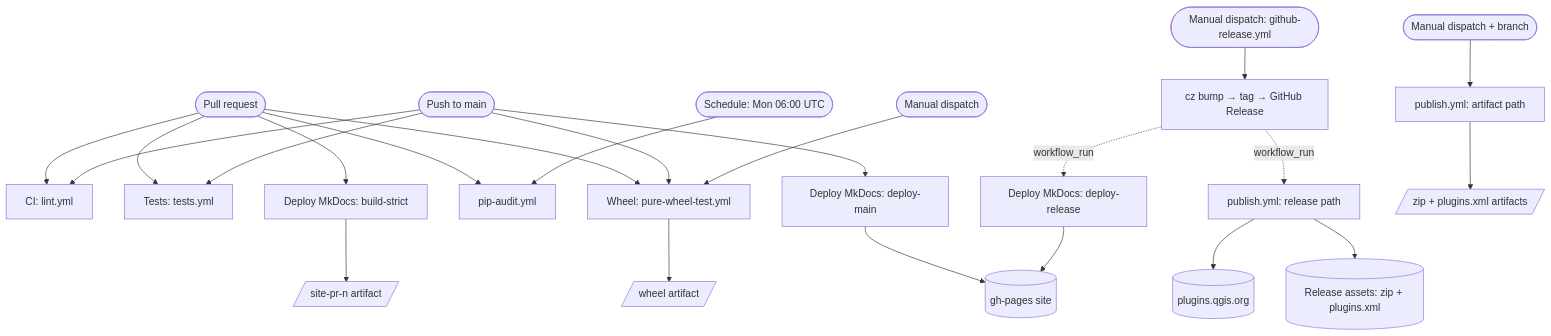
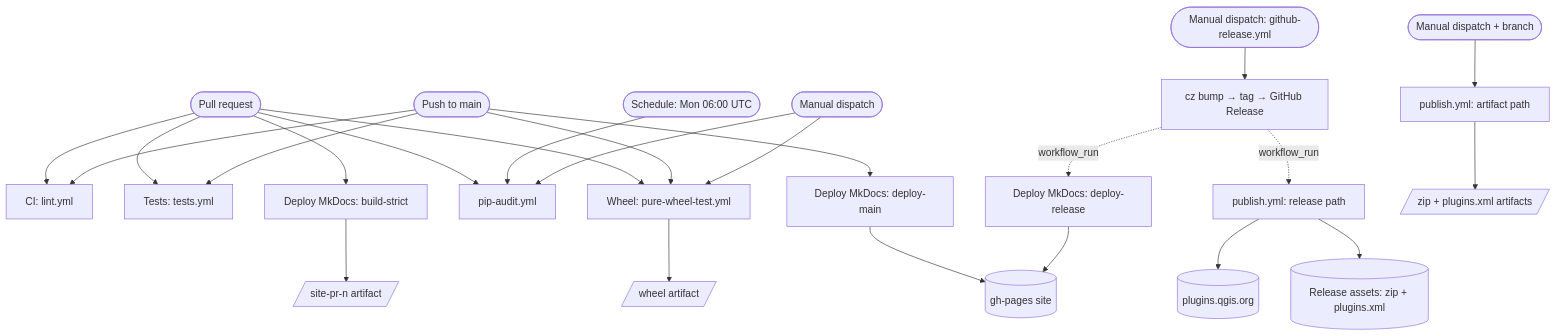
Before and after one commit to serapeum-org/pyramids-qgis: the first of 5 diagrams in docs/ci.md, drawn with Mermaid. The commit also changed other lines of this file, not shown here.

````diff
--- a/docs/ci.md
+++ b/docs/ci.md
@@ -38,29 +38,30 @@
 ```mermaid
 flowchart TD
     PR([Pull request]) --> CI[CI: lint.yml]
     PR --> TST[Tests: tests.yml]
     PR --> WHL[Wheel: pure-wheel-test.yml]
     PR --> AUD[pip-audit.yml]
     PR --> DOCpr[Deploy MkDocs: build-strict]
 
     PUSH([Push to main]) --> CI
     PUSH --> TST
     PUSH --> WHL
     PUSH --> DOCmain[Deploy MkDocs: deploy-main]
 
     CRON([Schedule: Mon 06:00 UTC]) --> AUD
     MANW([Manual dispatch]) --> WHL
+    MANW --> AUD
     MANP([Manual dispatch + branch]) --> PUBd[publish.yml: artifact path]
 
     REL([Manual dispatch: github-release.yml]) --> RELj[cz bump → tag → GitHub Release]
     RELj -. workflow_run .-> PUBr[publish.yml: release path]
     RELj -. workflow_run .-> DOCrel[Deploy MkDocs: deploy-release]
 
     DOCpr --> A1[/site-pr-n artifact/]
     DOCmain --> GP[(gh-pages site)]
     DOCrel --> GP
     WHL --> A2[/wheel artifact/]
     PUBd --> A3[/zip + plugins.xml artifacts/]
     PUBr --> RA[(Release assets: zip + plugins.xml)]
     PUBr --> QG[(plugins.qgis.org)]
 ```
````
